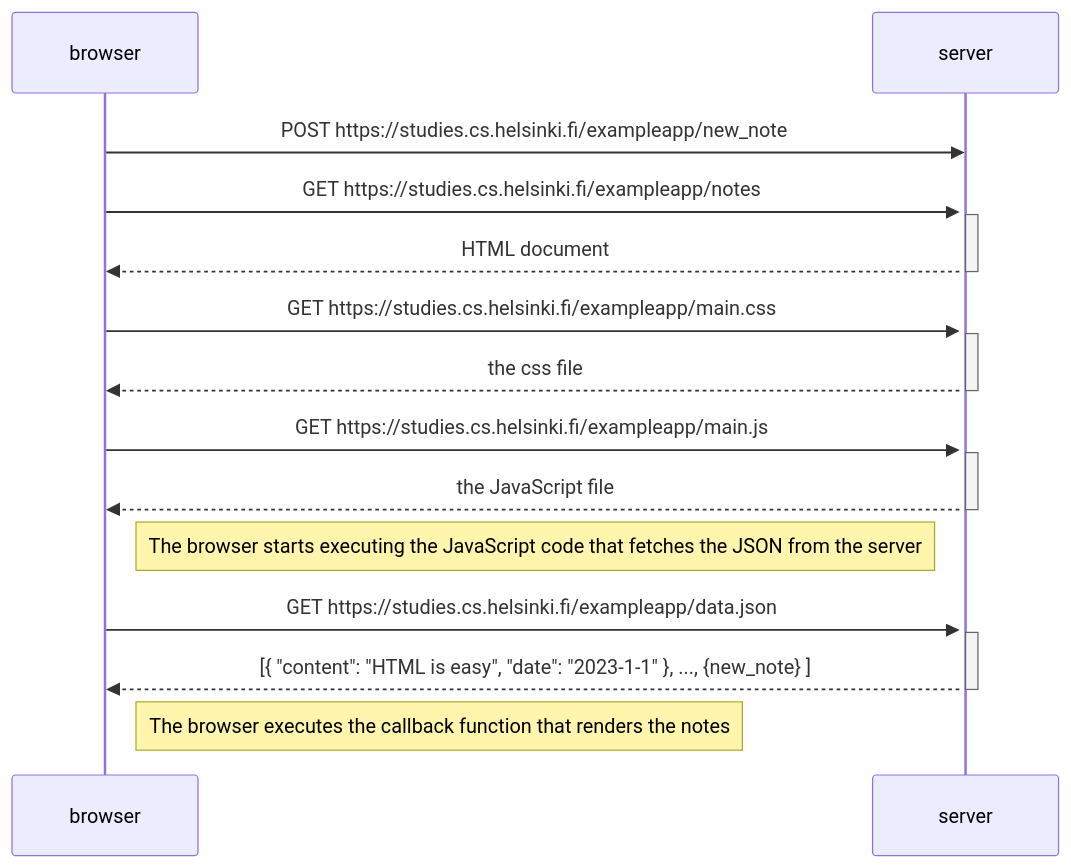
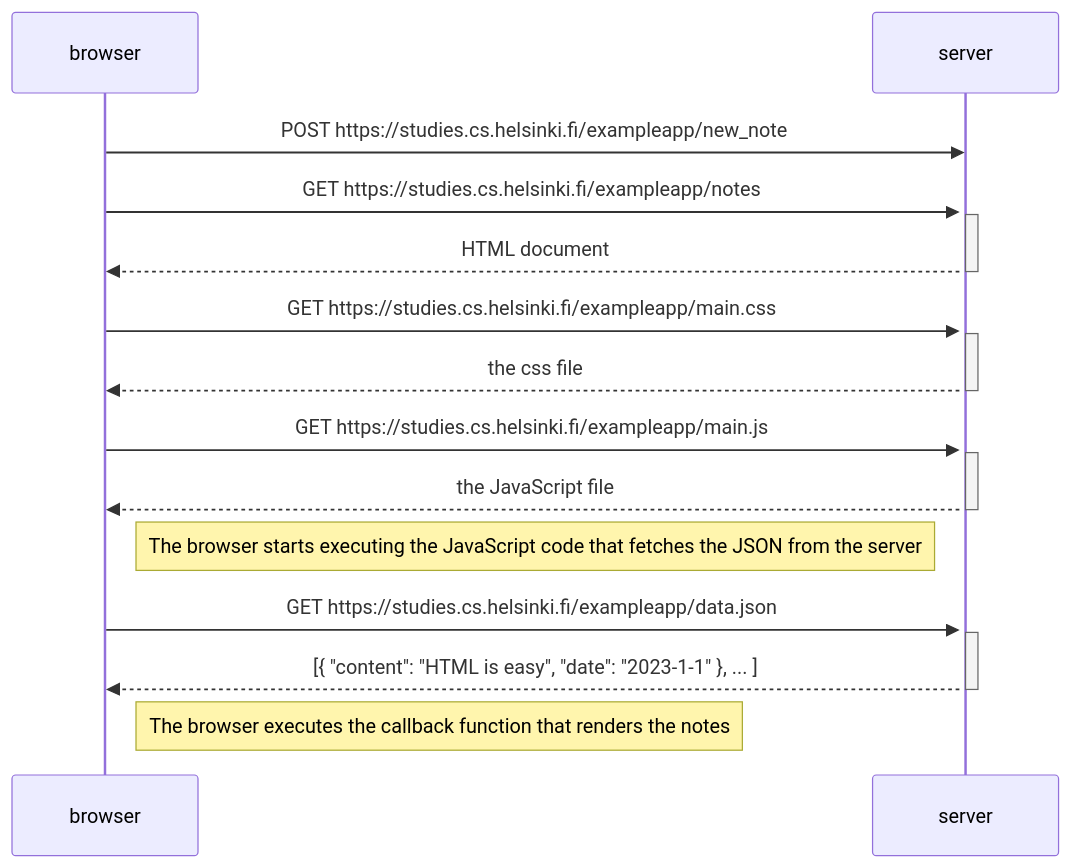
One commit to daviddelcerro/part0 changed the diagram in 0.4.md. Above: the diagram before and after it, drawn with Mermaid.

````diff
--- a/0.4.md
+++ b/0.4.md
@@ -1,33 +1,33 @@
 ```mermaid
 
 sequenceDiagram
     participant browser
     participant server
 
     browser->>server : POST https://studies.cs.helsinki.fi/exampleapp/new_note
     activate server
     browser->>server: GET https://studies.cs.helsinki.fi/exampleapp/notes
     activate server
     server-->>browser: HTML document
     deactivate server
 
     browser->>server: GET https://studies.cs.helsinki.fi/exampleapp/main.css
     activate server
     server-->>browser: the css file
     deactivate server
 
     browser->>server: GET https://studies.cs.helsinki.fi/exampleapp/main.js
     activate server
     server-->>browser: the JavaScript file
     deactivate server
 
     Note right of browser: The browser starts executing the JavaScript code that fetches the JSON from the server
 
     browser->>server: GET https://studies.cs.helsinki.fi/exampleapp/data.json
     activate server
-    server-->>browser: [{ "content": "HTML is easy", "date": "2023-1-1" }, ..., {new_note} ]
+    server-->>browser: [{ "content": "HTML is easy", "date": "2023-1-1" }, ... ]
     deactivate server
 
     Note right of browser: The browser executes the callback function that renders the notes
 
 ```
````
